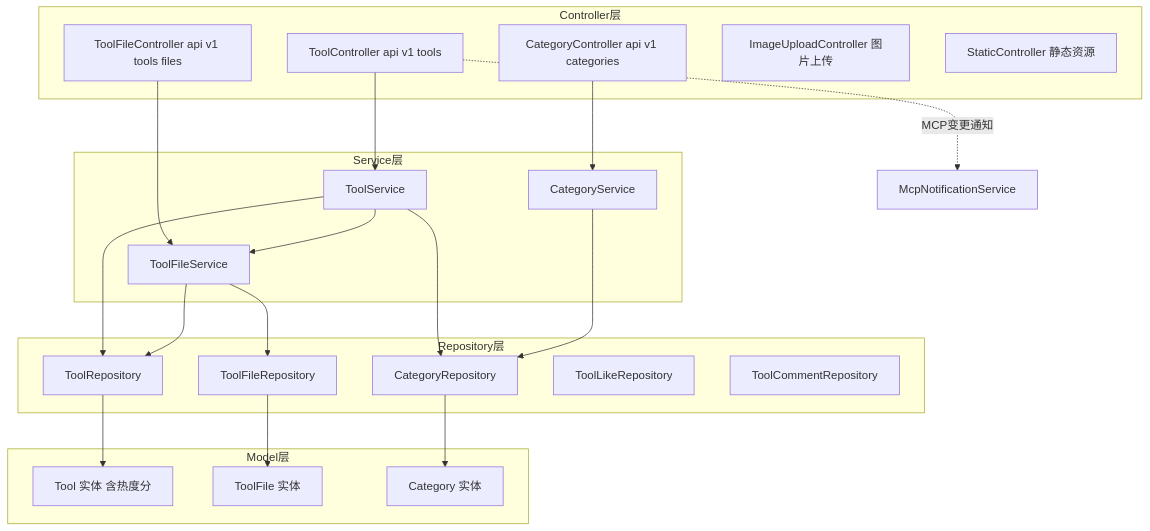
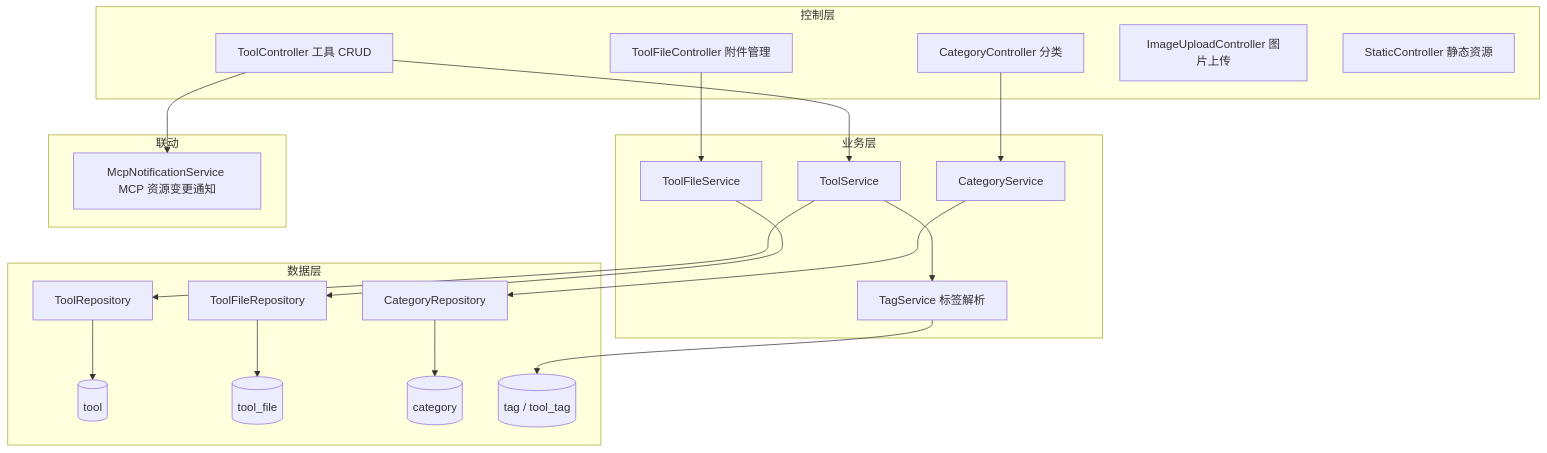
Before and after one commit to mambo-wang/CodingHub: the first of 2 diagrams in repowiki/wiki/modules/工具广场.md, drawn with Mermaid. The commit also changed other lines of this file and 59 other files, not shown here.

````diff
--- a/repowiki/wiki/modules/工具广场.md
+++ b/repowiki/wiki/modules/工具广场.md
@@ -30,40 +19,40 @@
 ```mermaid
 graph TD
-    subgraph "Controller层"
-        TC[ToolController api v1 tools]
-        TFC[ToolFileController api v1 tools files]
-        CC[CategoryController api v1 categories]
-        IUC[ImageUploadController 图片上传]
-        SC[StaticController 静态资源]
+    subgraph "控制层"
+        ToolCtl[ToolController 工具 CRUD]
+        FileCtl[ToolFileController 附件管理]
+        CatCtl[CategoryController 分类]
+        ImgCtl[ImageUploadController 图片上传]
+        StaticCtl[StaticController 静态资源]
     end
-    subgraph "Service层"
-        TS[ToolService]
-        TFS[ToolFileService]
-        CS[CategoryService]
+    subgraph "业务层"
+        ToolSvc[ToolService]
+        FileSvc[ToolFileService]
+        CatSvc[CategoryService]
+        TagSvc[TagService 标签解析]
     end
-    subgraph "Repository层"
-        TR[ToolRepository]
-        TFR[ToolFileRepository]
-        CR[CategoryRepository]
-        TLR[ToolLikeRepository]
-        TCR[ToolCommentRepository]
+    subgraph "数据层"
+        ToolRepo[ToolRepository]
+        FileRepo[ToolFileRepository]
+        CatRepo[CategoryRepository]
+        ToolTbl[(tool)]
+        FileTbl[(tool_file)]
+        CatTbl[(category)]
+        TagTbl[(tag / tool_tag)]
     end
-    subgraph "Model层"
-        Tool[Tool 实体 含热度分]
-        ToolFile[ToolFile 实体]
-        Category[Category 实体]
+    subgraph "联动"
+        McpNotify[McpNotificationService MCP 资源变更通知]
     end
-    TC --> TS
-    TFC --> TFS
-    CC --> CS
-    TS --> TR
-    TS --> TFS
-    TS --> CR
-    TFS --> TFR
-    TFS --> TR
-    CS --> CR
-    TR --> Tool
-    TFR --> ToolFile
-    CR --> Category
-    TC -.MCP变更通知.-> MCPN[McpNotificationService]
+    ToolCtl --> ToolSvc
+    ToolCtl --> McpNotify
+    FileCtl --> FileSvc
+    CatCtl --> CatSvc
+    ToolSvc --> ToolRepo
+    ToolSvc --> TagSvc
+    FileSvc --> FileRepo
+    CatSvc --> CatRepo
+    ToolRepo --> ToolTbl
+    FileRepo --> FileTbl
+    CatRepo --> CatTbl
+    TagSvc --> TagTbl
 ```
````
